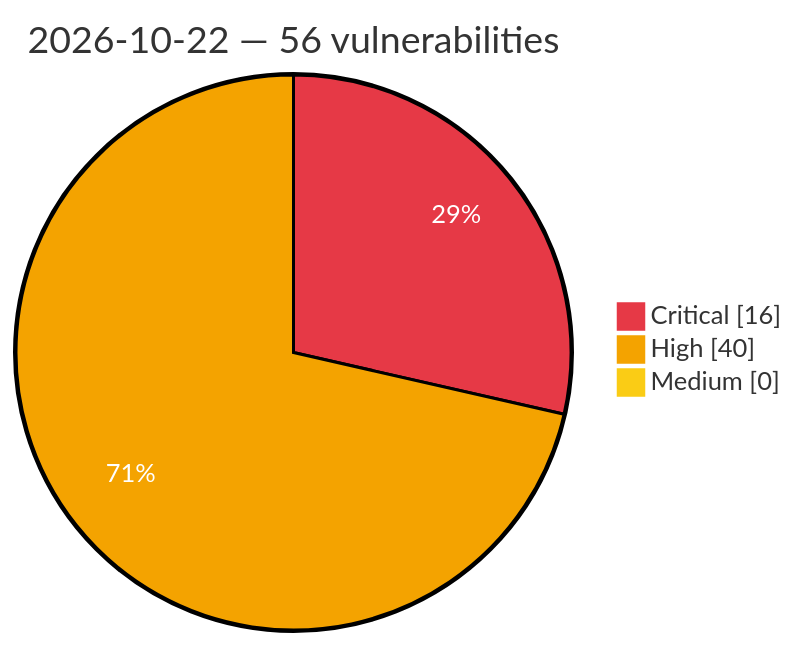
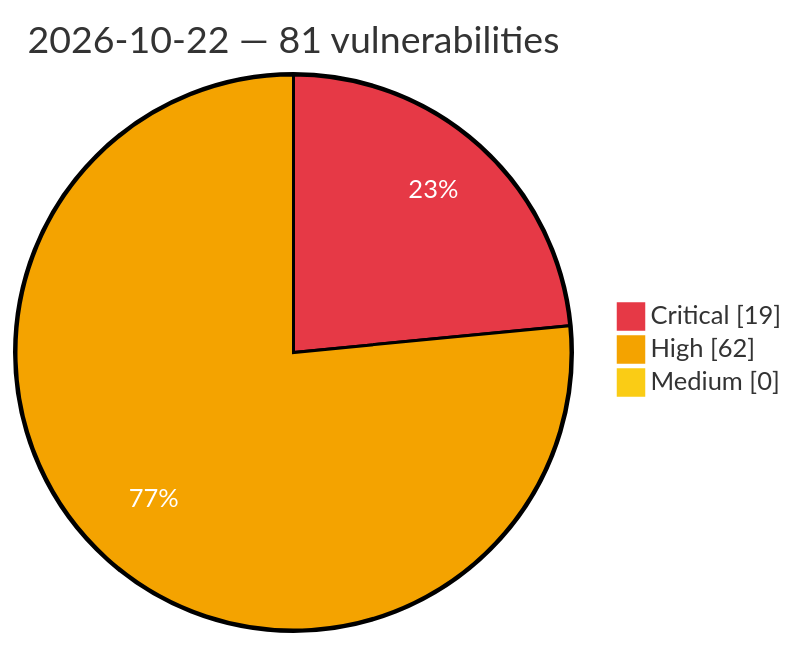
One commit to GhostX0X/vuln-tracker changed the diagram in vulnerabilities/2026/October/2026-10-22.md. Above: the diagram before and after it, drawn with Mermaid. The commit also changed other lines of this file and 5 other files, not shown here.

Commit message:
Auto update: critical/high vulns (2026-10-22 22:36 UTC)

````diff
--- a/vulnerabilities/2026/October/2026-10-22.md
+++ b/vulnerabilities/2026/October/2026-10-22.md
@@ -3,8 +3,8 @@
 ```mermaid
 %%{init: {'theme':'base', 'themeVariables': {'pie1':'#e63946', 'pie2':'#f4a300', 'pie3':'#facc15', 'pieOpacity':'1', 'pieOuterStrokeWidth':'2px', 'pieSectionTextColor':'#ffffff'}}}%%
 pie showData
-    title 2026-10-22 — 56 vulnerabilities
-    "Critical" : 16
-    "High" : 40
+    title 2026-10-22 — 81 vulnerabilities
+    "Critical" : 19
+    "High" : 62
     "Medium" : 0
 ```
````
